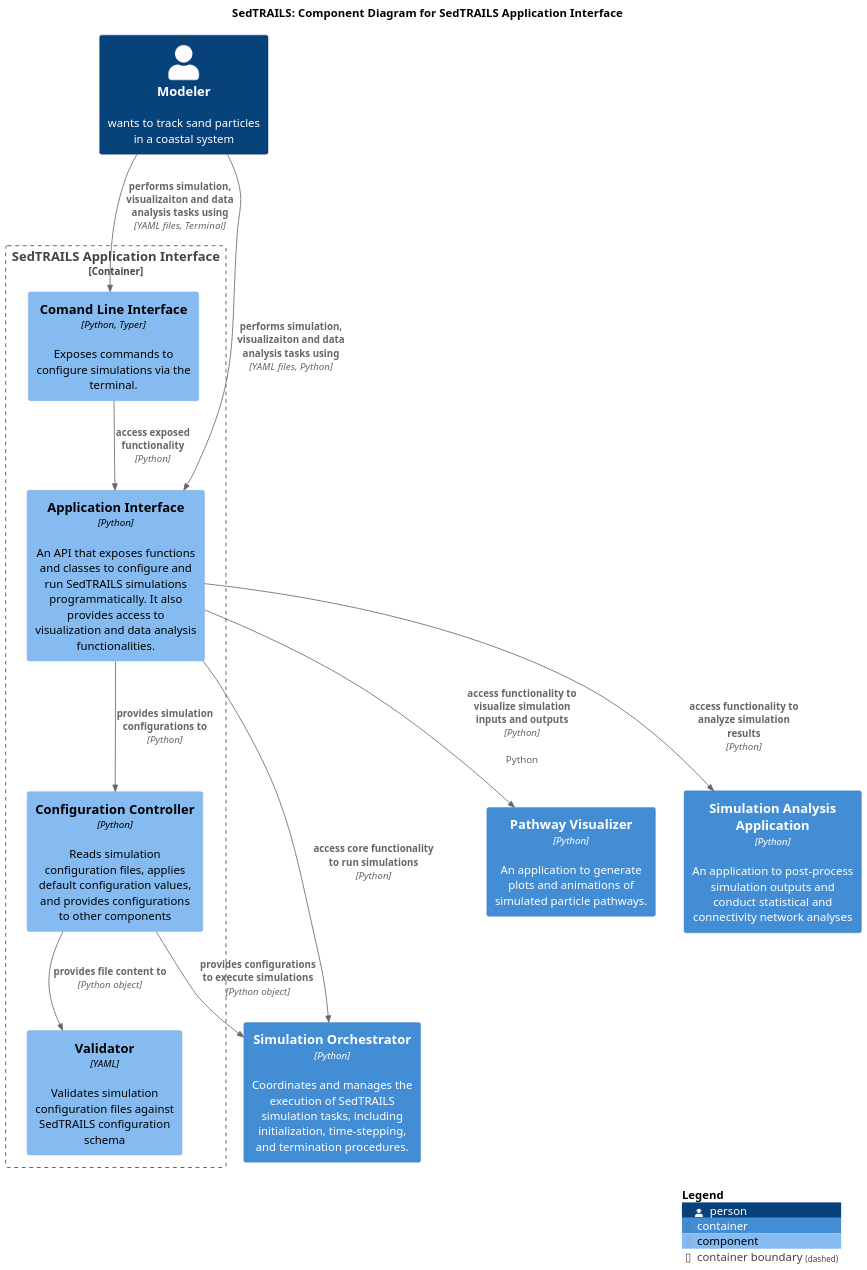
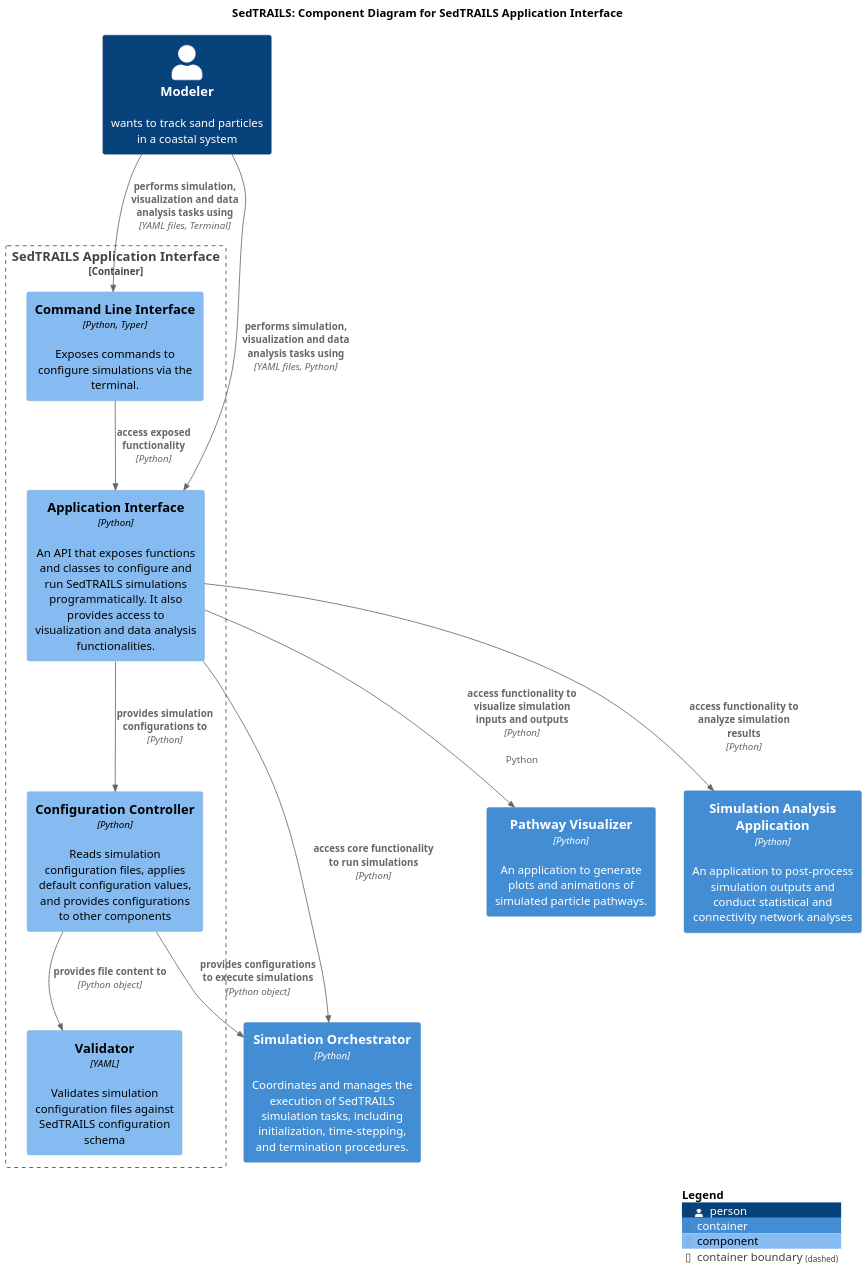
One commit to sgpearson17/sedtrails-sgp changed the diagram in diagrams/components-config-app.puml. Above: the diagram before and after it, drawn with PlantUML. The commit also changed 7 other files, not shown here.

Commit message:
docs: correct typos and improve clarity in component diagrams

```diff
--- a/diagrams/components-config-app.puml
+++ b/diagrams/components-config-app.puml
@@ -1,33 +1,33 @@
 @startuml SedtrailComponentsConfigurationInterface
 !include ./c4/C4_Component.puml
 
 ' LAYOUT_LANDSCAPE()
 
 title SedTRAILS: Component Diagram for SedTRAILS  Application Interface
 scale 1.5
 
 Person(modeler, "Modeler", "wants to track sand particles in a coastal system")
 
 Container(simOrchestrator, "Simulation Orchestrator", "Python", "Coordinates and manages the execution of SedTRAILS simulation tasks, including initialization, time-stepping, and termination procedures.")
 Container(pathwayVisualizer, "Pathway Visualizer", "Python", "An application to generate plots and animations of  simulated particle pathways.")
 Container(analystApp, "Simulation Analysis Application", "Python", "An application to post-process simulation outputs and conduct statistical and connectivity network analyses")
 
 Container_Boundary(configInterface, "SedTRAILS Application Interface", "Python", "An application that enables users to access SedTRAILS functionality to run, visualize and analyze simulation"){
-    Component(simulCli, "Comand Line Interface", "Python, Typer", "Exposes commands to configure simulations via the terminal.")
+    Component(simulCli, "Command Line Interface", "Python, Typer", "Exposes commands to configure simulations via the terminal.")
     Component(simulPython, "Application Interface", "Python", "An API that exposes functions and classes to configure and run SedTRAILS simulations programmatically. It also provides access to visualization and data analysis functionalities.")
     Component(configController, "Configuration Controller", "Python", "Reads simulation configuration files, applies default configuration values, and provides configurations to other components")
     Component(configValidator, "Validator", "YAML", "Validates simulation configuration files against SedTRAILS configuration schema")
     Rel(configController, configValidator, "provides file content to", "Python object")
     Rel(simulCli, simulPython, "access exposed functionality", "Python")
     Rel(simulPython, configController, "provides simulation configurations to", "Python")
 }
 
-Rel(modeler, simulCli, "performs simulation, visualizaiton and data analysis tasks using", "YAML files, Terminal")
-Rel(modeler, simulPython, "performs simulation, visualizaiton and data analysis tasks using", "YAML files, Python")
+Rel(modeler, simulCli, "performs simulation, visualization and data analysis tasks using", "YAML files, Terminal")
+Rel(modeler, simulPython, "performs simulation, visualization and data analysis tasks using", "YAML files, Python")
 Rel(configController, simOrchestrator, "provides configurations to execute simulations", "Python object")
 Rel(simulPython, simOrchestrator, "access core functionality to run simulations", "Python")
 Rel(simulPython, analystApp, "access functionality to analyze simulation results", "Python")
 Rel(simulPython, pathwayVisualizer, "access functionality to visualize simulation inputs and outputs", "Python", "Python")
  
 SHOW_LEGEND()
 @enduml
```
